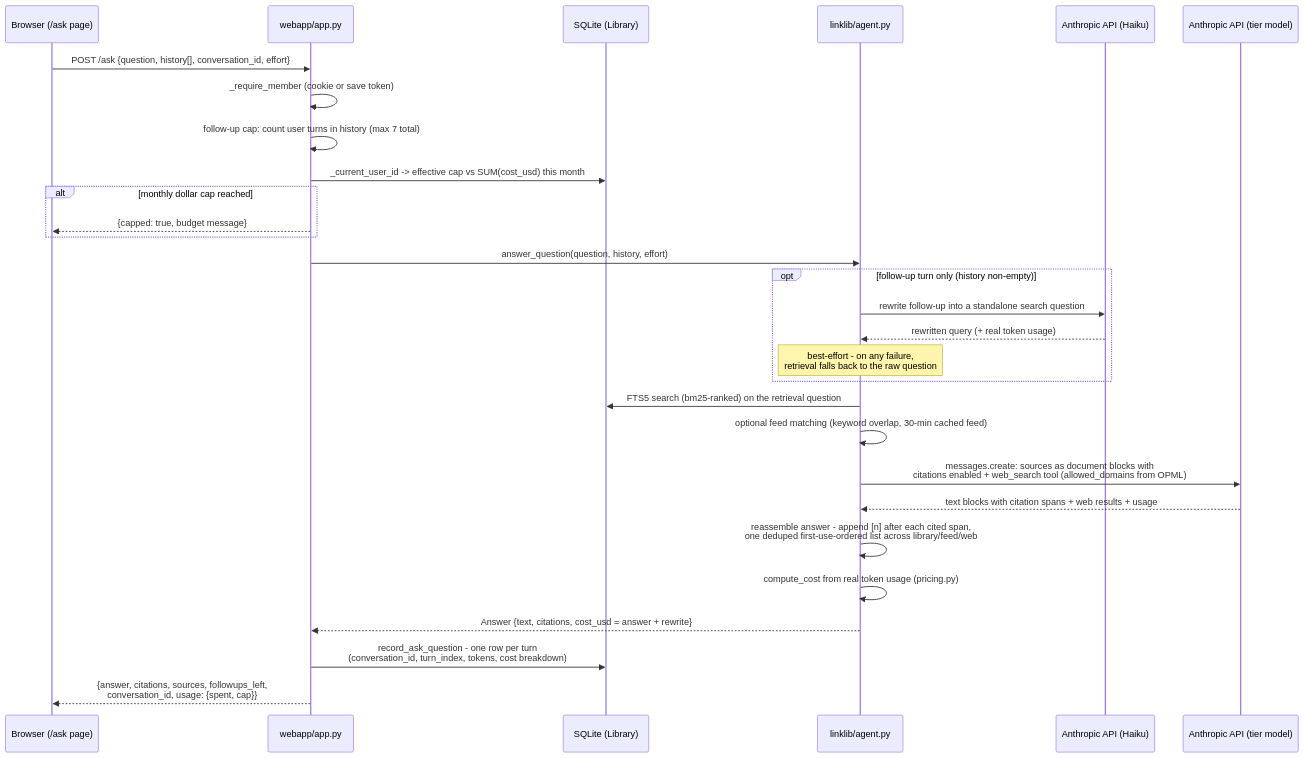
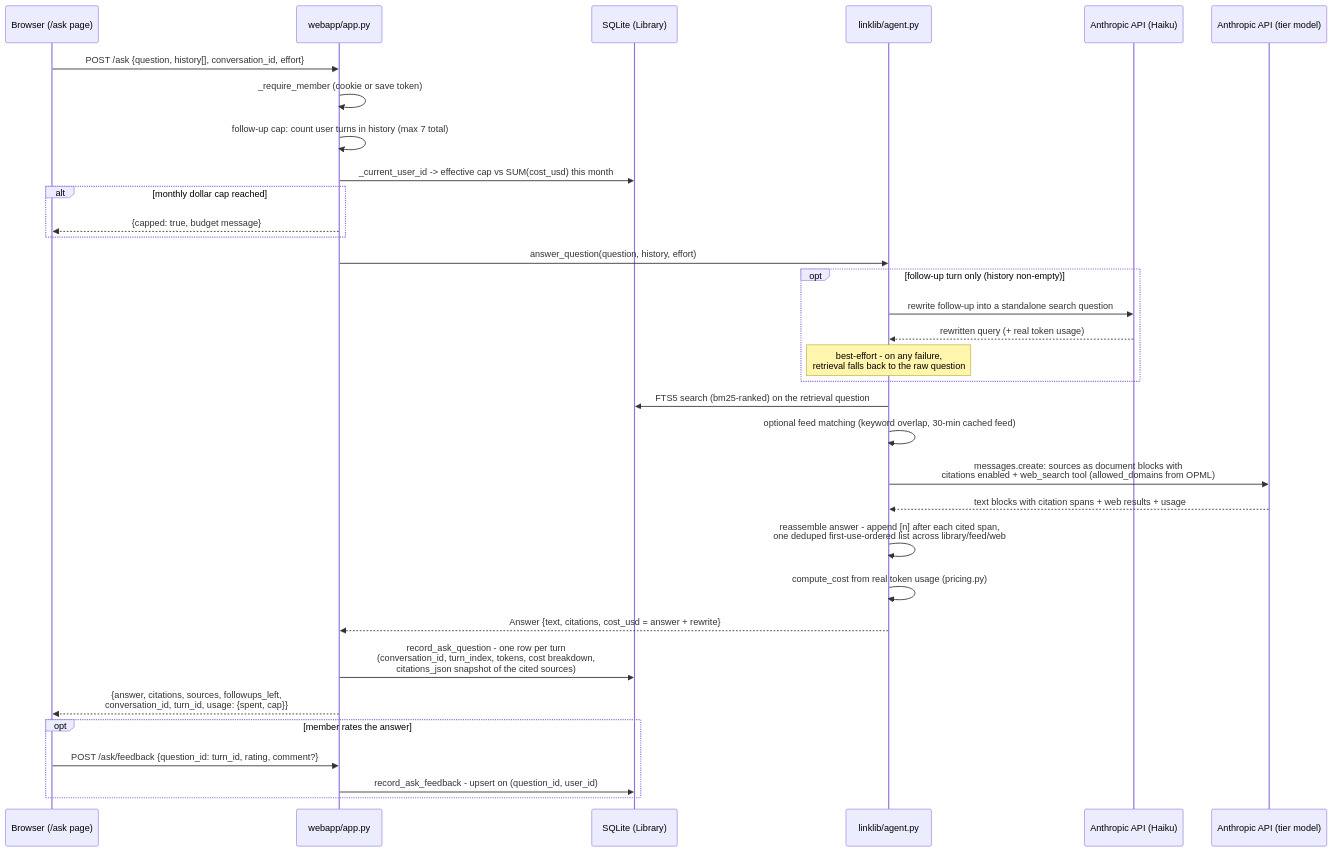
Before and after one commit to bmweis/cfo-navigator: the third of 3 diagrams in ARCHITECTURE.md, drawn with Mermaid. The commit also changed other lines of this file and 5 other files, not shown here.

First line of the commit message:
Add FP&A Buddy answer feedback + per-turn citation persistence

````diff
--- a/ARCHITECTURE.md
+++ b/ARCHITECTURE.md
@@ -214,32 +225,36 @@
 ```mermaid
 sequenceDiagram
     participant B as Browser (/ask page)
     participant W as webapp/app.py
     participant DB as SQLite (Library)
     participant AG as linklib/agent.py
     participant H as Anthropic API (Haiku)
     participant C as Anthropic API (tier model)
 
     B->>W: POST /ask {question, history[], conversation_id, effort}
     W->>W: _require_member (cookie or save token)
     W->>W: follow-up cap: count user turns in history (max 7 total)
     W->>DB: _current_user_id -> effective cap vs SUM(cost_usd) this month
     alt monthly dollar cap reached
         W-->>B: {capped: true, budget message}
     end
     W->>AG: answer_question(question, history, effort)
     opt follow-up turn only (history non-empty)
         AG->>H: rewrite follow-up into a standalone search question
         H-->>AG: rewritten query (+ real token usage)
         Note over AG: best-effort - on any failure,<br/>retrieval falls back to the raw question
     end
     AG->>DB: FTS5 search (bm25-ranked) on the retrieval question
     AG->>AG: optional feed matching (keyword overlap, 30-min cached feed)
     AG->>C: messages.create: sources as document blocks with<br/>citations enabled + web_search tool (allowed_domains from OPML)
     C-->>AG: text blocks with citation spans + web results + usage
     AG->>AG: reassemble answer - append [n] after each cited span,<br/>one deduped first-use-ordered list across library/feed/web
     AG->>AG: compute_cost from real token usage (pricing.py)
     AG-->>W: Answer {text, citations, cost_usd = answer + rewrite}
-    W->>DB: record_ask_question - one row per turn<br/>(conversation_id, turn_index, tokens, cost breakdown)
-    W-->>B: {answer, citations, sources, followups_left,<br/>conversation_id, usage: {spent, cap}}
+    W->>DB: record_ask_question - one row per turn<br/>(conversation_id, turn_index, tokens, cost breakdown,<br/>citations_json snapshot of the cited sources)
+    W-->>B: {answer, citations, sources, followups_left,<br/>conversation_id, turn_id, usage: {spent, cap}}
+    opt member rates the answer
+        B->>W: POST /ask/feedback {question_id: turn_id, rating, comment?}
+        W->>DB: record_ask_feedback - upsert on (question_id, user_id)
+    end
 ```
````
